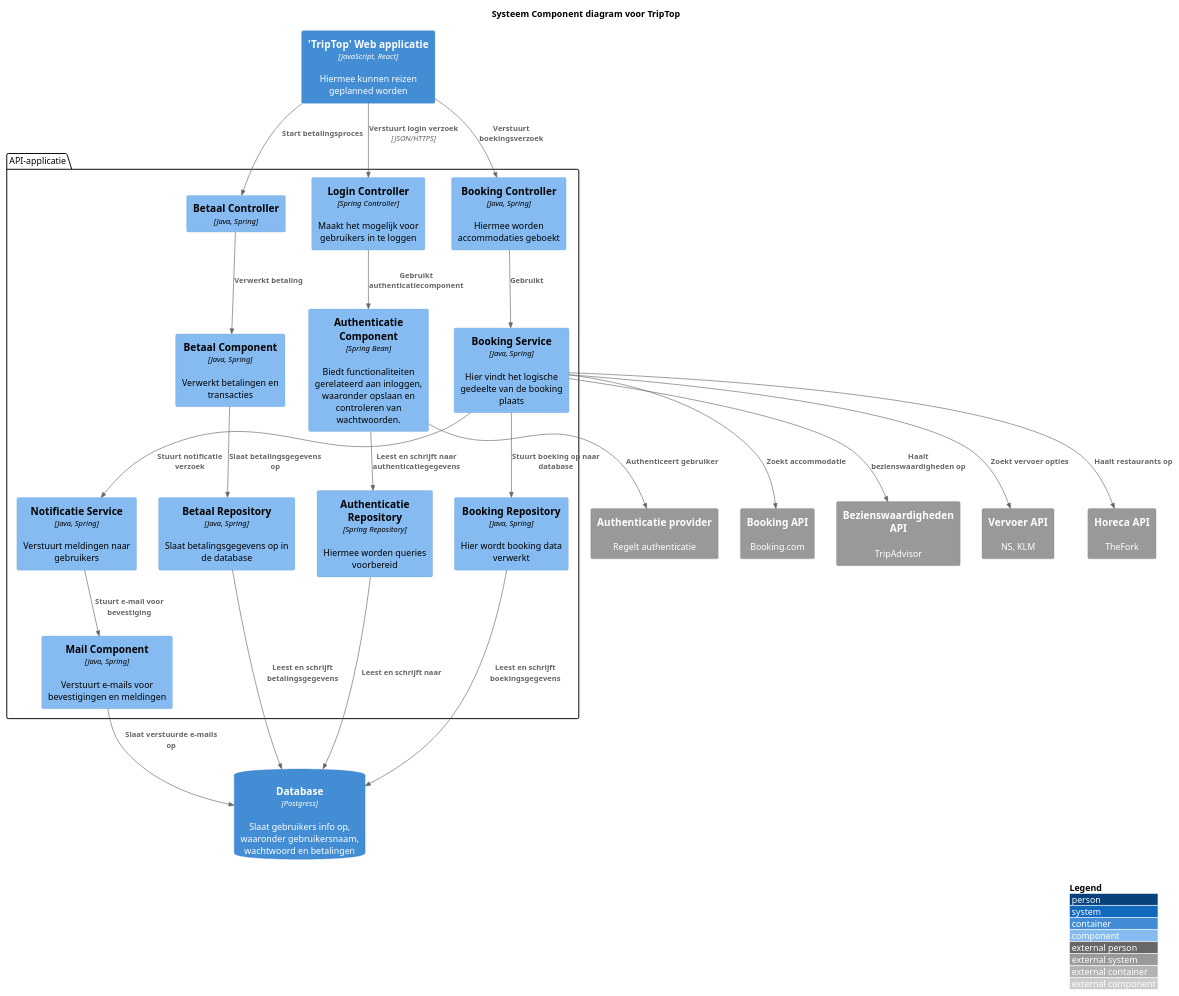
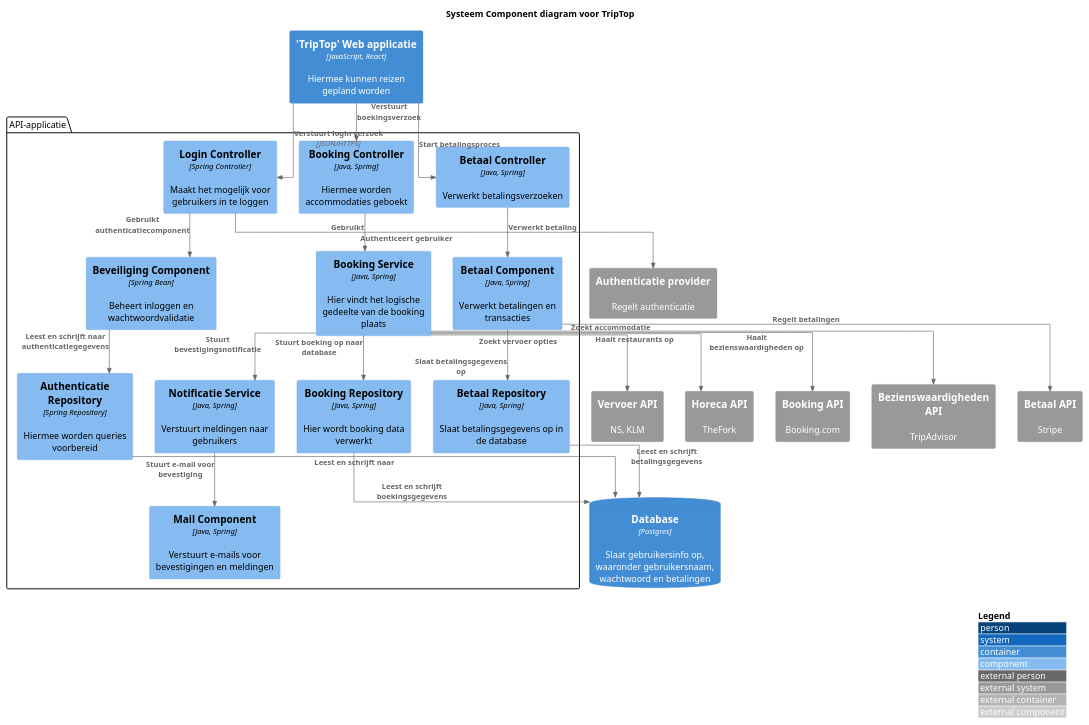
Before and after one commit to AIM-ENE-feb25/triptop-groep-4-afscheidscadeau-voor-juf-kim: the diagram in opdracht-diagrammen/Component Diagram.puml, drawn with PlantUML.

Commit message:
Verbeterd Component Diagram

```diff
--- a/opdracht-diagrammen/Component Diagram.puml
+++ b/opdracht-diagrammen/Component Diagram.puml
@@ -1,66 +1,65 @@
 @startuml C4_Elements
 !include https://raw.githubusercontent.com/plantuml-stdlib/C4-PlantUML/master/C4_Component.puml
 title Systeem Component diagram voor TripTop
 
 LAYOUT_WITH_LEGEND()
 
-
-'skinparam linetype ortho
+skinparam linetype ortho
 'skinparam ArrowStyle Dashed
 
-Container(Webapp, "'TripTop' Web applicatie", "JavaScript, React","Hiermee kunnen reizen geplanned worden")
-
+Container(Webapp, "'TripTop' Web applicatie", "JavaScript, React", "Hiermee kunnen reizen gepland worden")
 
 package "API-applicatie" <<Rectangle>> {
-    Component(loginController,"Login Controller","Spring Controller", "Maakt het mogelijk voor gebruikers in te loggen")
-    Component(bookingComponent, "Booking Controller", "Java, Spring", "Hiermee worden accomodaties gebooked")
-    Component(bookingService, "Booking Service", "Java, Spring", "Hier vindt het logische gedeelte van de booking plaats")
-    Component(bookingRepo, "Booking Repository", "Java, Spring", "Hier wordt booking data verwerkt")
+    Component(loginController, "Login Controller", "Spring Controller", "Maakt het mogelijk voor gebruikers in te loggen")
     Component(bookingComponent, "Booking Controller", "Java, Spring", "Hiermee worden accommodaties geboekt")
     Component(bookingService, "Booking Service", "Java, Spring", "Hier vindt het logische gedeelte van de booking plaats")
     Component(bookingRepo, "Booking Repository", "Java, Spring", "Hier wordt booking data verwerkt")
+
     Component(notificatieService, "Notificatie Service", "Java, Spring", "Verstuurt meldingen naar gebruikers")
     Component(mailComponent, "Mail Component", "Java, Spring", "Verstuurt e-mails voor bevestigingen en meldingen")
-    Component(betaalController, "Betaal Controller", "Java, Spring","")
+
+    Component(betaalController, "Betaal Controller", "Java, Spring", "Verwerkt betalingsverzoeken")
     Component(betaalComponent, "Betaal Component", "Java, Spring", "Verwerkt betalingen en transacties")
     Component(betaalRepo, "Betaal Repository", "Java, Spring", "Slaat betalingsgegevens op in de database")
+
     Component(authenticatieRepo, "Authenticatie Repository", "Spring Repository", "Hiermee worden queries voorbereid")
-    Component(beveiligingComponent, "Authenticatie Component", "Spring Bean", "Biedt functionaliteiten gerelateerd aan inloggen, waaronder opslaan en controleren van wachtwoorden.")
+    Component(beveiligingComponent, "Beveiliging Component", "Spring Bean", "Beheert inloggen en wachtwoordvalidatie")
 }
 
-ContainerDb(Database, "Database", "Postgress", "Slaat gebruikers info op, waaronder gebruikersnaam, wachtwoord en betalingen")
+ContainerDb(Database, "Database", "Postgres", "Slaat gebruikersinfo op, waaronder gebruikersnaam, wachtwoord en betalingen")
 
 System_Ext(authAPI, "Authenticatie provider", "Regelt authenticatie")
 System_Ext(bookingAPI, "Booking API", "Booking.com")
 System_Ext(bezienswaardighedenAPI, "Bezienswaardigheden API", "TripAdvisor")
 System_Ext(vervoerAPI, "Vervoer API", "NS, KLM")
 System_Ext(horecaAPI, "Horeca API", "TheFork")
+System_Ext(betaalAPI, "Betaal API", "Stripe")
 
 
 Rel(Webapp, loginController, "Verstuurt login verzoek", "JSON/HTTPS")
 Rel(loginController, beveiligingComponent, "Gebruikt authenticatiecomponent")
+Rel(loginController, authAPI, "Authenticeert gebruiker")
 Rel(beveiligingComponent, authenticatieRepo, "Leest en schrijft naar authenticatiegegevens")
 Rel(authenticatieRepo, Database, "Leest en schrijft naar")
 
 Rel(Webapp, bookingComponent, "Verstuurt boekingsverzoek")
 Rel(bookingComponent, bookingService, "Gebruikt")
 Rel(bookingService, bookingRepo, "Stuurt boeking op naar database")
 Rel(bookingRepo, Database, "Leest en schrijft boekingsgegevens")
 
-Rel(bookingService, notificatieService, "Stuurt notificatie verzoek")
+Rel(bookingService, notificatieService, "Stuurt bevestigingsnotificatie")
 Rel(notificatieService, mailComponent, "Stuurt e-mail voor bevestiging")
-Rel(mailComponent, Database, "Slaat verstuurde e-mails op")
 
 Rel(Webapp, betaalController, "Start betalingsproces")
 Rel(betaalController, betaalComponent, "Verwerkt betaling")
 Rel(betaalComponent, betaalRepo, "Slaat betalingsgegevens op")
 Rel(betaalRepo, Database, "Leest en schrijft betalingsgegevens")
 
-
 Rel(bookingService, bookingAPI, "Zoekt accommodatie")
 Rel(bookingService, bezienswaardighedenAPI, "Haalt bezienswaardigheden op")
 Rel(bookingService, vervoerAPI, "Zoekt vervoer opties")
 Rel(bookingService, horecaAPI, "Haalt restaurants op")
-Rel(beveiligingComponent, authAPI, "Authenticeert gebruiker")
+
+Rel(betaalComponent, betaalAPI, "Regelt betalingen")
 
 @enduml
```
